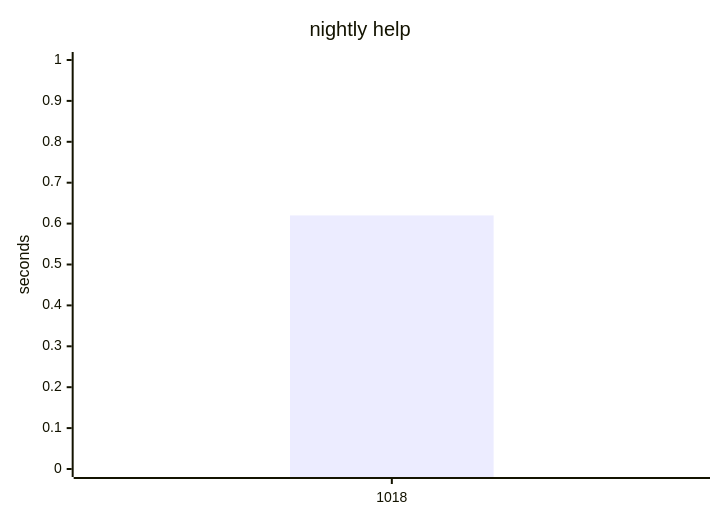
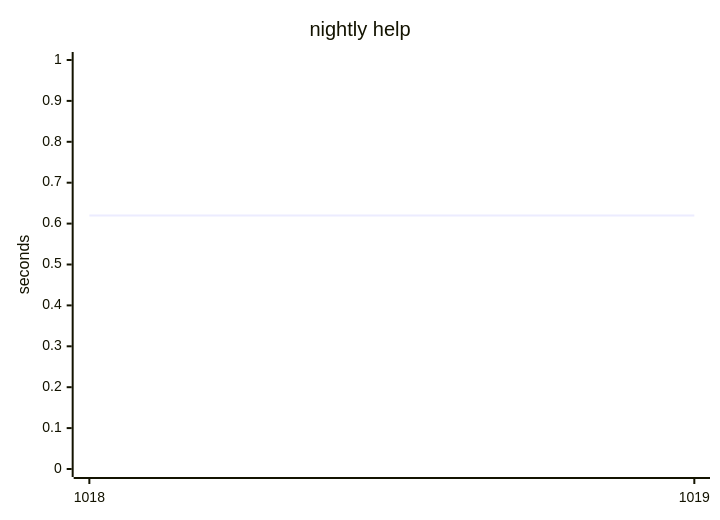
Before and after one commit to yamanori99/DistSSHRun.jl: the seventh of 9 diagrams in README.md, drawn with Mermaid. The commit also changed other lines of this file and 1 other file, not shown here.

````diff
--- a/README.md
+++ b/README.md
@@ -173,7 +174,7 @@
 ```mermaid
 xychart-beta
     title "nightly help"
-    x-axis ["1018"]
+    x-axis ["1018", "1019"]
     y-axis "seconds" 0 --> 1
-    bar [0.62]
+    line [0.62, 0.62]
 ```
````
